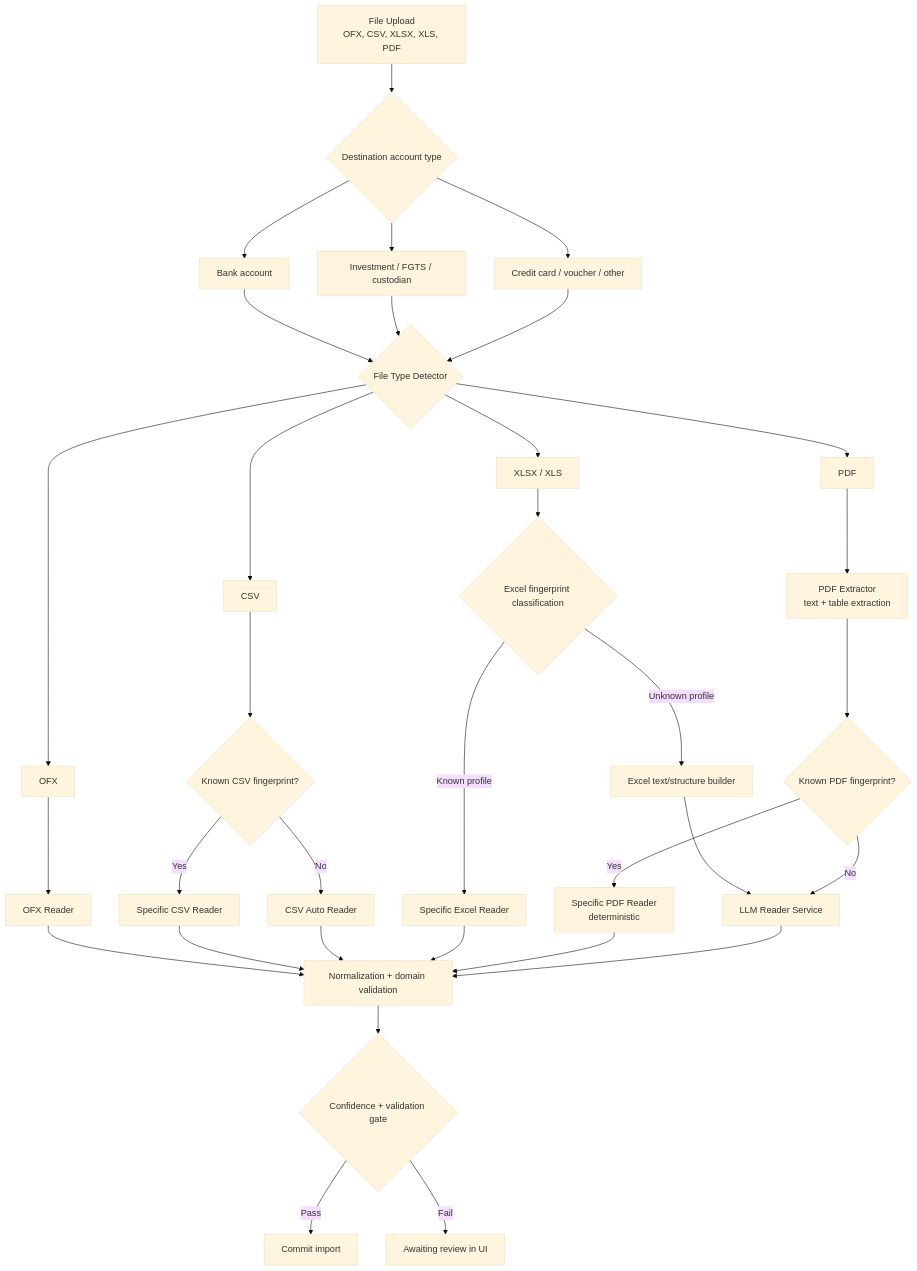
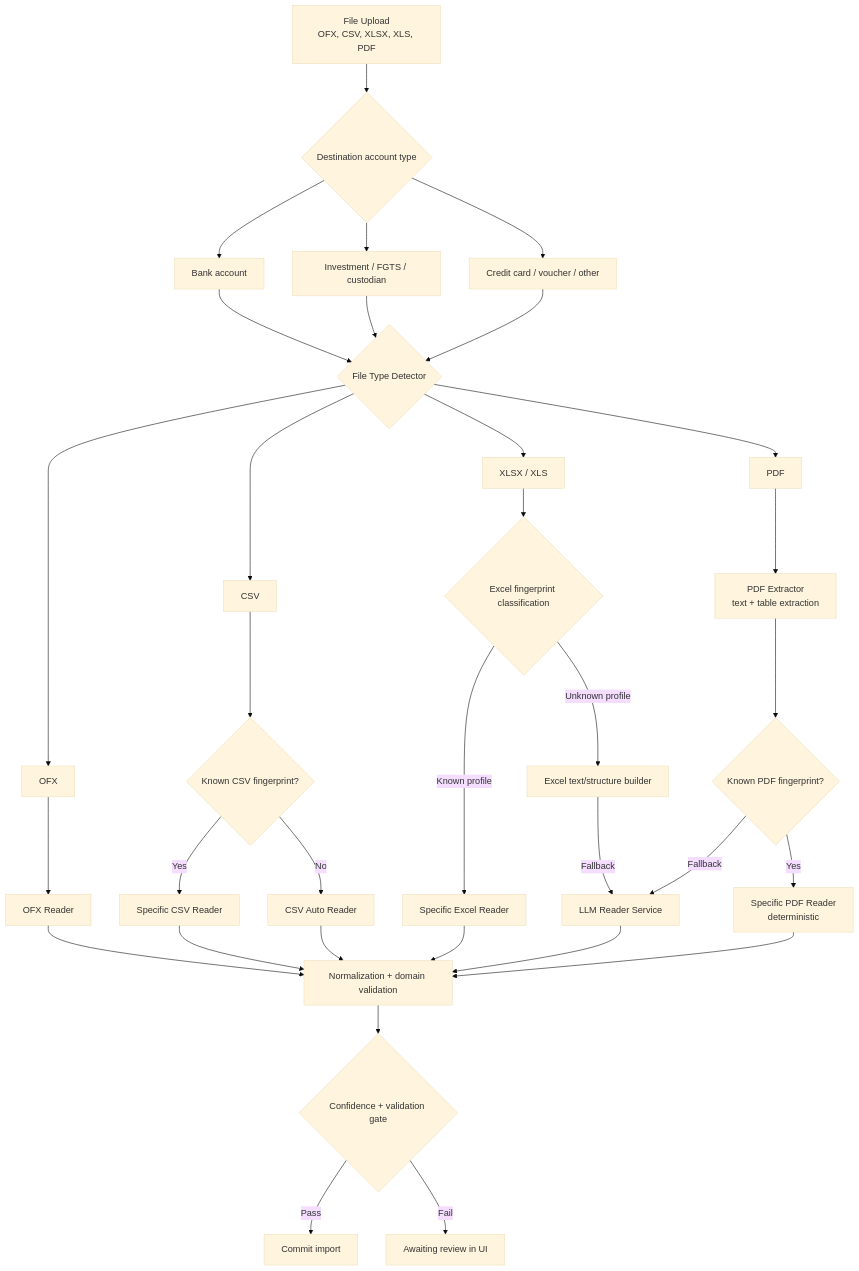
The diagram in service/kotlin/banking/README.md (salomax/Neotool), drawn with Mermaid (base theme) before and after one commit. The commit also changed 24 other files, not shown here.

````diff
--- a/service/kotlin/banking/README.md
+++ b/service/kotlin/banking/README.md
@@ -15,42 +15,42 @@
 ```mermaid
 flowchart TD
     U[File Upload<br/>OFX, CSV, XLSX, XLS, PDF] --> ACCT{Destination account type}
     ACCT --> A1[Bank account]
     ACCT --> A2[Investment / FGTS / custodian]
     ACCT --> A3[Credit card / voucher / other]
 
     A1 --> FT
     A2 --> FT
     A3 --> FT
 
     FT{File Type Detector} --> OFX[OFX]
     FT --> CSV[CSV]
     FT --> XLS[XLSX / XLS]
     FT --> PDF[PDF]
 
     OFX --> OFX_R[OFX Reader]
     OFX_R --> NORM[Normalization + domain validation]
 
     CSV --> CSV_FP{Known CSV fingerprint?}
     CSV_FP -->|Yes| CSV_R[Specific CSV Reader]
     CSV_FP -->|No| CSV_A[CSV Auto Reader]
     CSV_R --> NORM
     CSV_A --> NORM
 
     XLS --> XLS_FP{Excel fingerprint classification}
     XLS_FP -->|Known profile| XLS_R[Specific Excel Reader]
     XLS_FP -->|Unknown profile| XLS_LLM[Excel text/structure builder]
     XLS_R --> NORM
-    XLS_LLM --> LLM[LLM Reader Service]
+    XLS_LLM --> |Fallback| LLM[LLM Reader Service]
 
     PDF --> PDF_EXT[PDF Extractor<br/>text + table extraction]
     PDF_EXT --> PDF_FP{Known PDF fingerprint?}
     PDF_FP -->|Yes| PDF_R[Specific PDF Reader<br/>deterministic]
-    PDF_FP -->|No| LLM
+    PDF_FP -->|Fallback| LLM
+    LLM --> NORM
     PDF_R --> NORM
-    LLM --> NORM
 
     NORM --> GATE{Confidence + validation gate}
     GATE -->|Pass| COMMIT[Commit import]
     GATE -->|Fail| REVIEW[Awaiting review in UI]
 ```
````
